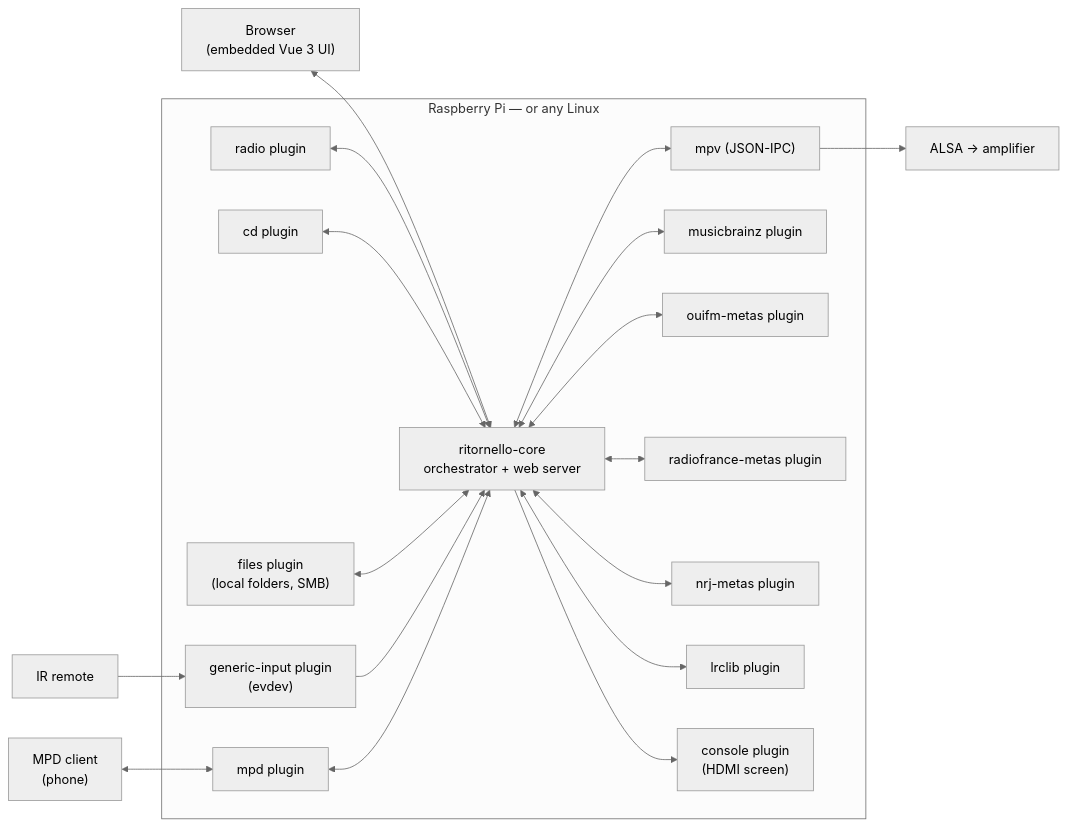
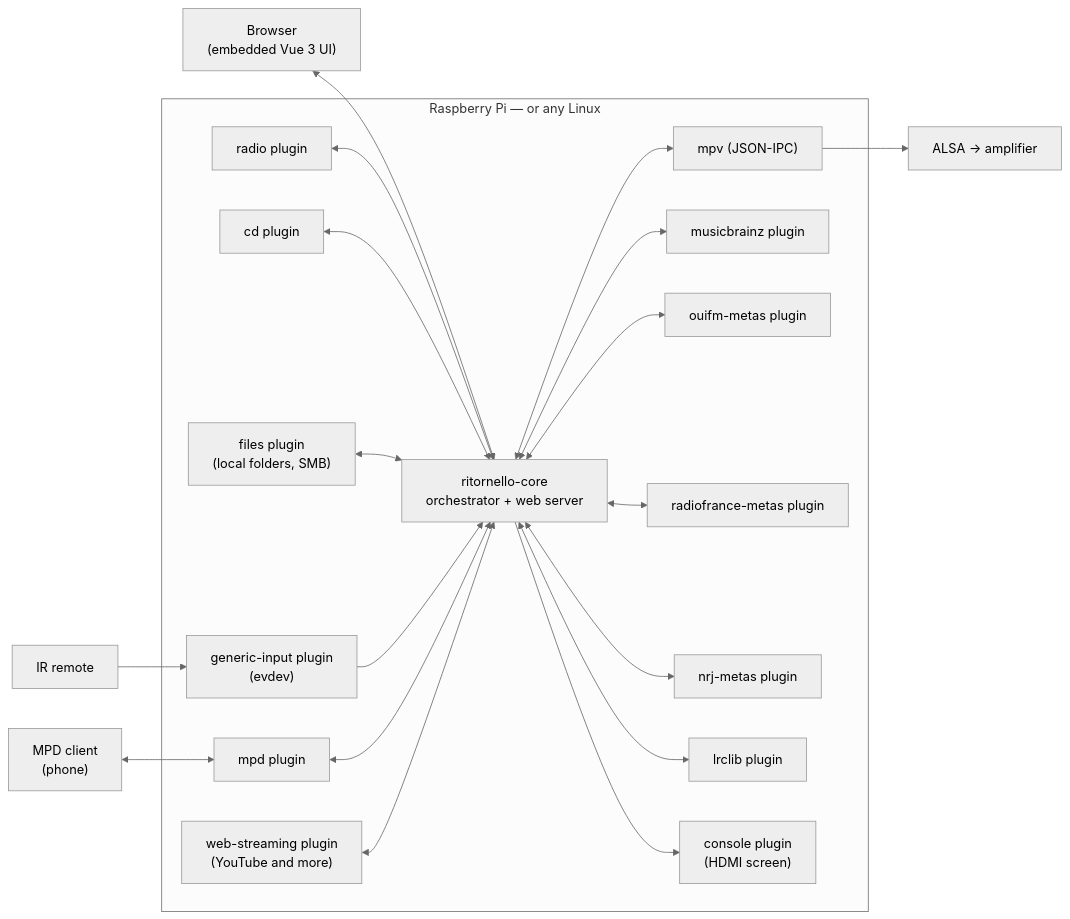
One commit to skerdudou/ritornello changed the diagram in README.md. Above: the diagram before and after it, drawn with Mermaid (neutral theme). The commit also changed other lines of this file and 104 other files, not shown here.

First line of the commit message:
feat(web-streaming): play and download web links (YouTube and every site yt-dlp reads), guarded against the local network (#108)

````diff
--- a/README.md
+++ b/README.md
@@ -127,23 +127,24 @@
 ```mermaid
 flowchart LR
     ir["IR remote"] --> input
     browser["Browser<br/>(embedded Vue 3 UI)"] <--> core
     mpdclient["MPD client<br/>(phone)"] <--> mpd
     subgraph device["Raspberry Pi — or any Linux"]
         core["ritornello-core<br/>orchestrator + web server"]
         mpv["mpv (JSON-IPC)"]
         radio["radio plugin"] <--> core
         cd["cd plugin"] <--> core
         files["files plugin<br/>(local folders, SMB)"] <--> core
         core <--> mb["musicbrainz plugin"]
         core <--> ouifm["ouifm-metas plugin"]
         core <--> rf["radiofrance-metas plugin"]
         core <--> nrj["nrj-metas plugin"]
         core <--> lrclib["lrclib plugin"]
         input["generic-input plugin<br/>(evdev)"] --> core
         core --> console["console plugin<br/>(HDMI screen)"]
         mpd["mpd plugin"] <--> core
+        web["web-streaming plugin<br/>(YouTube and more)"] <--> core
         core <--> mpv
     end
     mpv --> hp["ALSA → amplifier"]
 ```
````
